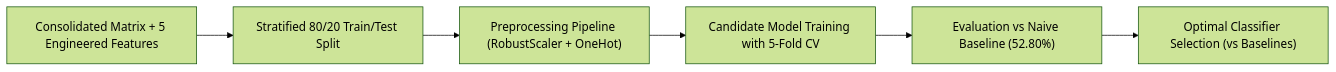
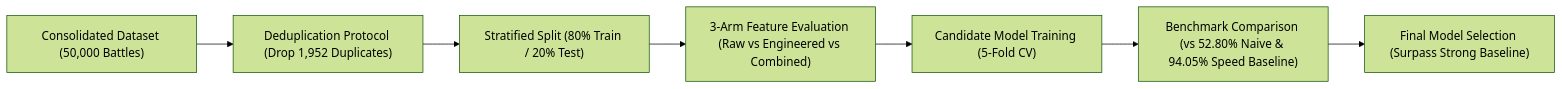
One commit to errodd/pokemon_battle_winner_predictor changed the diagram in README.md. Above: the diagram before and after it, drawn with Mermaid (forest theme). The commit also changed other lines of this file and 5 other files, not shown here.

````diff
--- a/README.md
+++ b/README.md
@@ -141,8 +146,9 @@
 ```mermaid
 graph LR
-    A["Consolidated Matrix + 5 Engineered Features"] --> B["Stratified 80/20 Train/Test Split"]
-    B --> C["Preprocessing Pipeline (RobustScaler + OneHot)"]
-    C --> D["Candidate Model Training with 5-Fold CV"]
-    D --> E["Evaluation vs Naive Baseline (52.80%)"]
-    E --> F["Optimal Classifier Selection (vs Baselines)"]
+    A["Consolidated Dataset (50,000 Battles)"] --> B["Deduplication Protocol (Drop 1,952 Duplicates)"]
+    B --> C["Stratified Split (80% Train / 20% Test)"]
+    C --> D["3-Arm Feature Evaluation (Raw vs Engineered vs Combined)"]
+    D --> E["Candidate Model Training (5-Fold CV)"]
+    E --> F["Benchmark Comparison (vs 52.80% Naive & 94.05% Speed Baseline)"]
+    F --> G["Final Model Selection (Surpass Strong Baseline)"]
 ```
````
